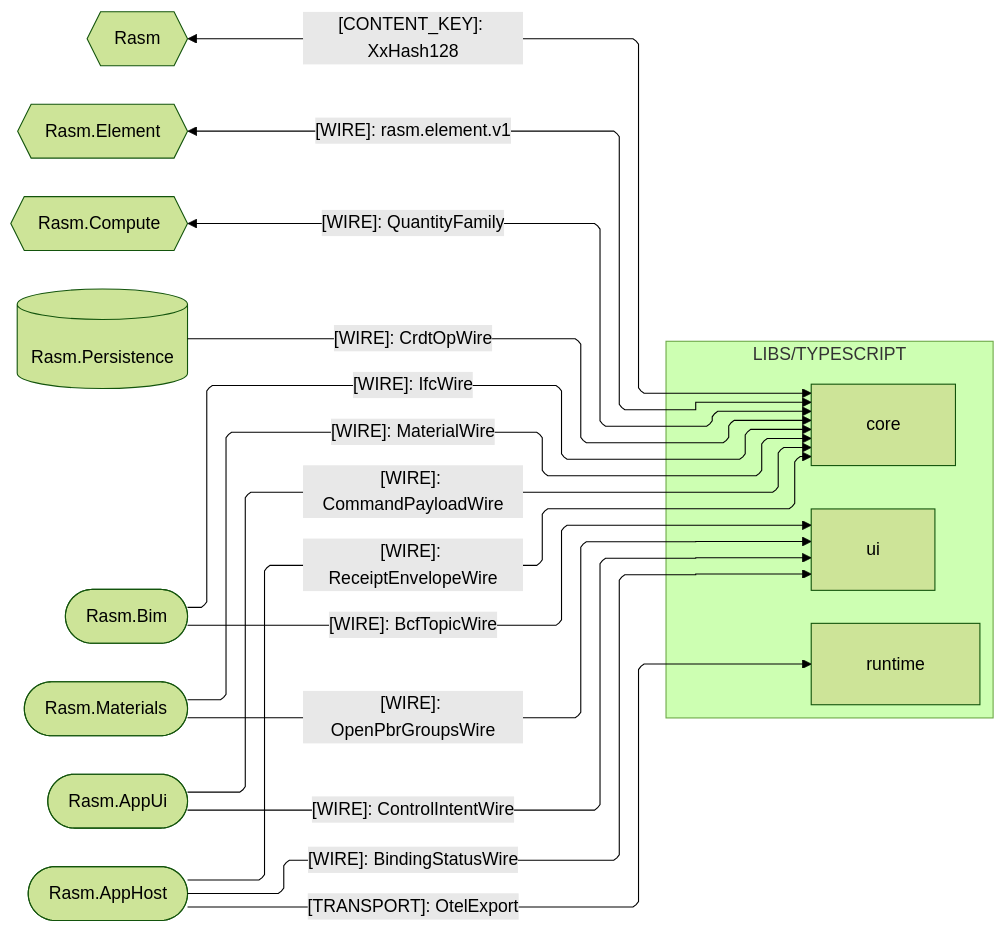
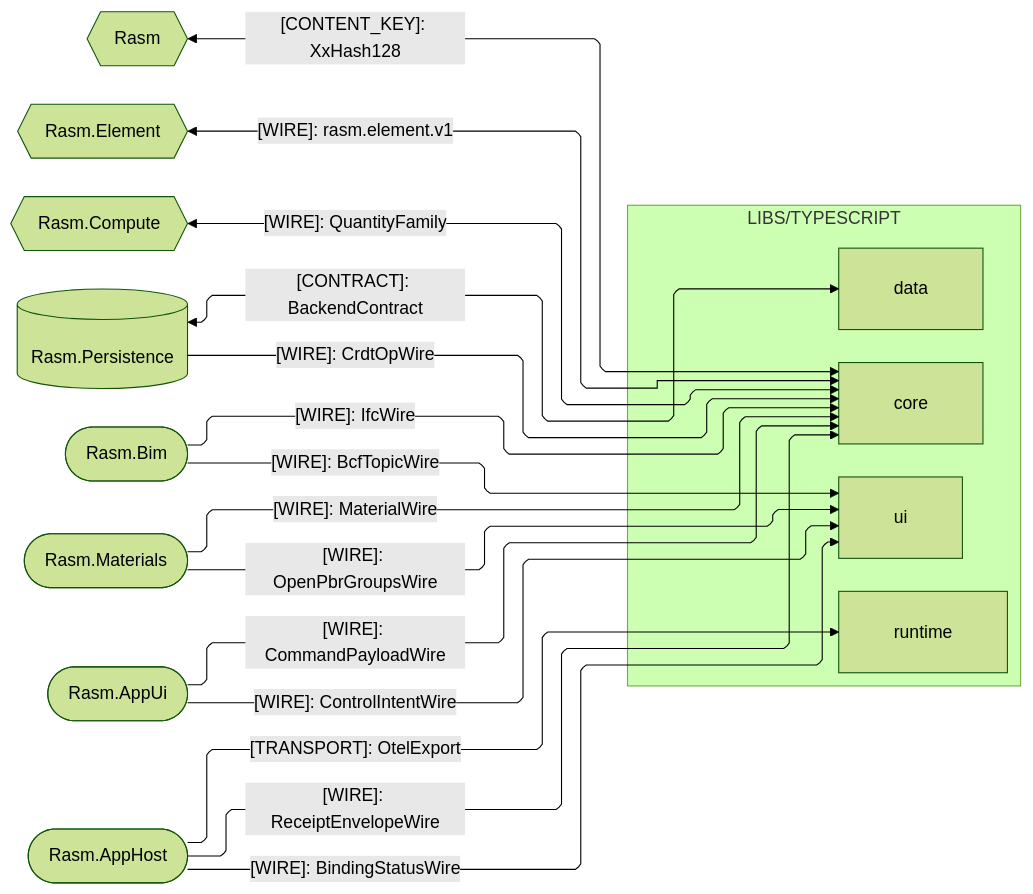
The second of 4 diagrams in libs/typescript/.planning/ARCHITECTURE.md (bsamiee/Rasm), drawn with Mermaid (forest theme) before and after one commit. The commit also changed other lines of this file and 249 other files, not shown here.

````diff
--- a/libs/typescript/.planning/ARCHITECTURE.md
+++ b/libs/typescript/.planning/ARCHITECTURE.md
@@ -71,38 +75,40 @@
 ```mermaid
 ---
 config:
   layout: elk
   flowchart:
     curve: linear
     padding: 25
 ---
 flowchart LR
     accTitle: TypeScript branch C# seam registry
-    accDescr: Core, runtime, and ui exchanging kinded wires with the C# packages; node shapes carry seam direction.
+    accDescr: Core, data, runtime, and ui exchanging kinded wires and the bidirectional backend contract with the C# packages; node shapes carry seam direction.
     subgraph ts[LIBS/TYPESCRIPT]
         Core[core]
+        Data[data]
         Runtime[runtime]
         Ui[ui]
     end
     Rasm{{Rasm}}
     Element{{Rasm.Element}}
     Compute{{Rasm.Compute}}
     Persistence[(Rasm.Persistence)]
     Bim([Rasm.Bim])
     Materials([Rasm.Materials])
     AppUi([Rasm.AppUi])
     AppHost([Rasm.AppHost])
     Rasm e1@<-->|"[CONTENT_KEY]: XxHash128"| Core
     Element e2@<-->|"[WIRE]: rasm.element.v1"| Core
     Compute e3@<-->|"[WIRE]: QuantityFamily"| Core
     Persistence e4@-->|"[WIRE]: CrdtOpWire"| Core
+    Persistence e14@<-->|"[CONTRACT]: BackendContract"| Data
     Bim e6@-->|"[WIRE]: IfcWire"| Core
     Materials e7@-->|"[WIRE]: MaterialWire"| Core
     AppUi e8@-->|"[WIRE]: CommandPayloadWire"| Core
     AppHost e5@-->|"[WIRE]: ReceiptEnvelopeWire"| Core
     Bim e12@-->|"[WIRE]: BcfTopicWire"| Ui
     Materials e13@-->|"[WIRE]: OpenPbrGroupsWire"| Ui
     AppUi e11@-->|"[WIRE]: ControlIntentWire"| Ui
     AppHost e10@-->|"[WIRE]: BindingStatusWire"| Ui
     AppHost e9@-->|"[TRANSPORT]: OtelExport"| Runtime
 ```
````
